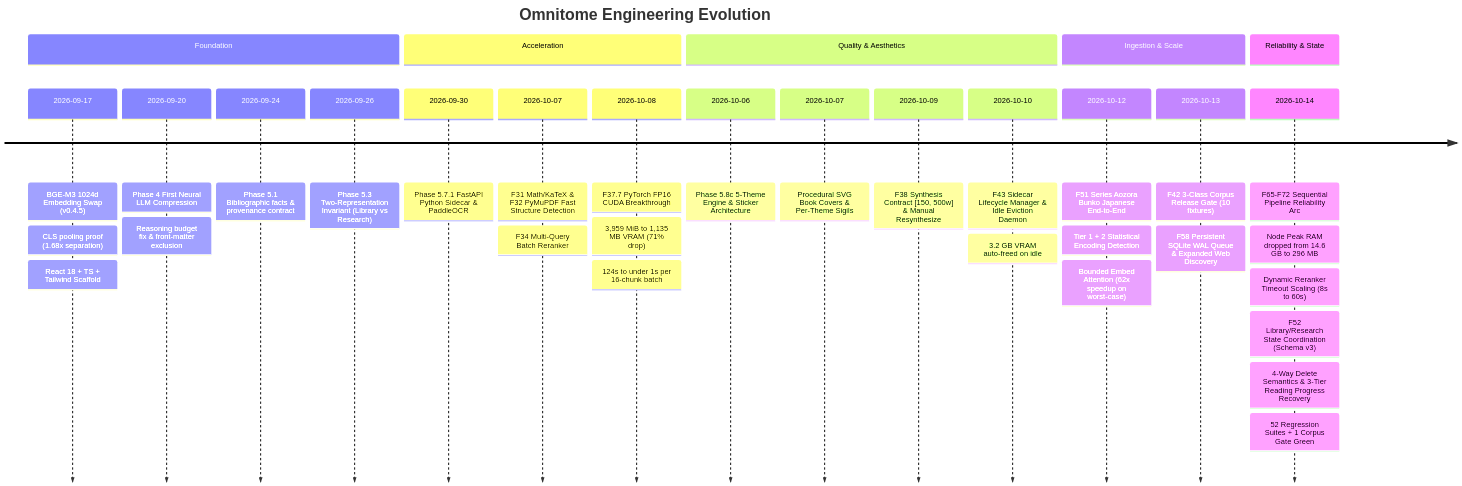
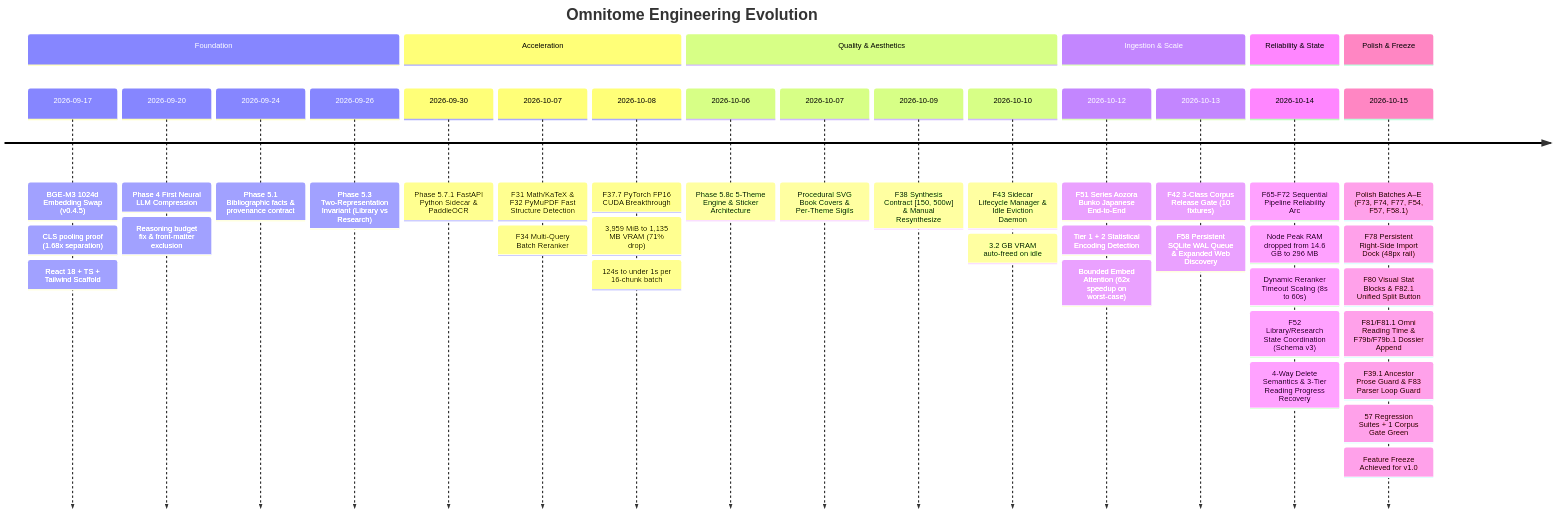
The first of 8 diagrams in README.md (avengersvstheflash/Smart-Reader), drawn with Mermaid before and after one commit. The commit also changed other lines of this file, not shown here.

Commit message:
docs: update README with 2026-10-15 polish milestones, 57 suites, and v1.0 feature freeze

````diff
--- a/README.md
+++ b/README.md
@@ -61,38 +61,45 @@
 ```mermaid
 timeline
     title Omnitome Engineering Evolution
     section Foundation
         2026-09-17 : BGE-M3 1024d Embedding Swap (v0.4.5)
                    : CLS pooling proof (1.68x separation)
                    : React 18 + TS + Tailwind Scaffold
         2026-09-20 : Phase 4 First Neural LLM Compression
                    : Reasoning budget fix & front-matter exclusion
         2026-09-24 : Phase 5.1 Bibliographic facts & provenance contract
         2026-09-26 : Phase 5.3 Two-Representation Invariant (Library vs Research)
     section Acceleration
         2026-09-30 : Phase 5.7.1 FastAPI Python Sidecar & PaddleOCR
         2026-10-07 : F31 Math/KaTeX & F32 PyMuPDF Fast Structure Detection
                    : F34 Multi-Query Batch Reranker
         2026-10-08 : F37.7 PyTorch FP16 CUDA Breakthrough
                    : 3,959 MiB to 1,135 MB VRAM (71% drop)
                    : 124s to under 1s per 16-chunk batch
     section Quality & Aesthetics
         2026-10-06 : Phase 5.8c 5-Theme Engine & Sticker Architecture
         2026-10-07 : Procedural SVG Book Covers & Per-Theme Sigils
         2026-10-09 : F38 Synthesis Contract [150, 500w] & Manual Resynthesize
         2026-10-10 : F43 Sidecar Lifecycle Manager & Idle Eviction Daemon
                    : 3.2 GB VRAM auto-freed on idle
     section Ingestion & Scale
         2026-10-12 : F51 Series Aozora Bunko Japanese End-to-End
                    : Tier 1 + 2 Statistical Encoding Detection
                    : Bounded Embed Attention (62x speedup on worst-case)
         2026-10-13 : F42 3-Class Corpus Release Gate (10 fixtures)
                    : F58 Persistent SQLite WAL Queue & Expanded Web Discovery
     section Reliability & State
         2026-10-14 : F65-F72 Sequential Pipeline Reliability Arc
                    : Node Peak RAM dropped from 14.6 GB to 296 MB
                    : Dynamic Reranker Timeout Scaling (8s to 60s)
                    : F52 Library/Research State Coordination (Schema v3)
                    : 4-Way Delete Semantics & 3-Tier Reading Progress Recovery
-                   : 52 Regression Suites + 1 Corpus Gate Green
+    section Polish & Freeze
+        2026-10-15 : Polish Batches A–E (F73, F74, F77, F54, F57, F58.1)
+                   : F78 Persistent Right-Side Import Dock (48px rail)
+                   : F80 Visual Stat Blocks & F82.1 Unified Split Button
+                   : F81/F81.1 Omni Reading Time & F79b/F79b.1 Dossier Append
+                   : F39.1 Ancestor Prose Guard & F83 Parser Loop Guard
+                   : 57 Regression Suites + 1 Corpus Gate Green
+                   : Feature Freeze Achieved for v1.0
 ```
````
